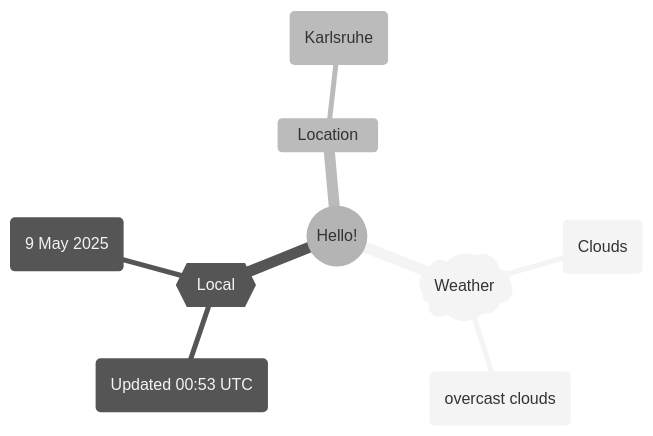
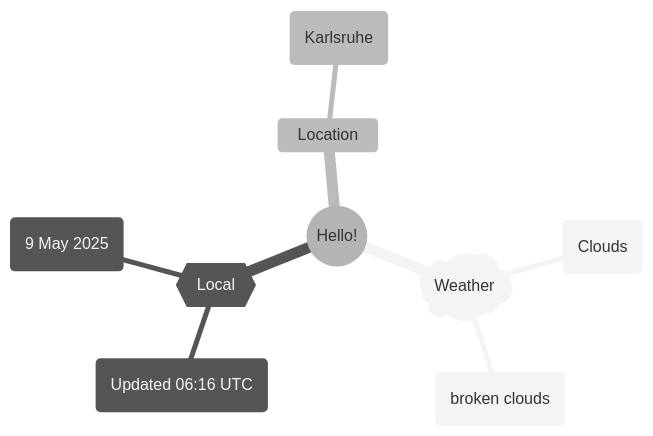
One commit to Xosrov/Xosrov changed the first of 2 diagrams in README.md. Above: the diagram before and after it, drawn with Mermaid (neutral theme).

Commit message:
[bot] updated images

````diff
--- a/README.md
+++ b/README.md
@@ -3,12 +3,12 @@
 ```mermaid
 mindmap
   root((Hello!))
     )Weather(
         (Clouds)
-        (overcast clouds)
+        (broken clouds)
     {{Local}}
-        (Updated 00:53 UTC)
+        (Updated 06:16 UTC)
         (9 May 2025)
     Location
         (Karlsruhe)
 ```
````
